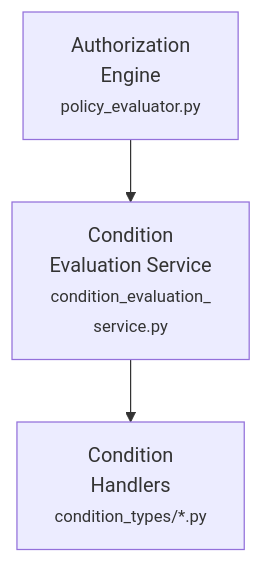
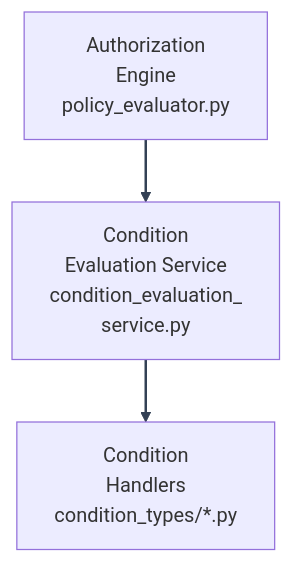
One commit to Nachiket-2024/mystic-auth changed the diagram in docs/mystic_auth/authorization/adding-condition-handlers.md. Above: the diagram before and after it, drawn with Mermaid. The commit also changed other lines of this file and 630 other files, not shown here.

````diff
--- a/docs/mystic_auth/authorization/adding-condition-handlers.md
+++ b/docs/mystic_auth/authorization/adding-condition-handlers.md
@@ -5,8 +6,10 @@
 ```mermaid
+%%{init: {"themeVariables": {"lineColor": "#334155"}} }%%
 flowchart TD
-    Engine["Authorization<br/>Engine<br/><small>policy_evaluator.py</small>"]
-    Service["Condition<br/>Evaluation Service<br/><small>condition_evaluation_<br/>service.py</small>"]
-    Handlers["Condition<br/>Handlers<br/><small>condition_types/*.py</small>"]
+    Engine["Authorization<br/> Engine<br/> policy_evaluator.py"]
+    Service["Condition<br/> Evaluation Service<br/> condition_evaluation_<br/> service.py"]
+    Handlers["Condition<br/> Handlers<br/> condition_types/*.py"]
 
     Engine --> Service --> Handlers
+    linkStyle default stroke:#334155,stroke-width:2px
 ```
````
